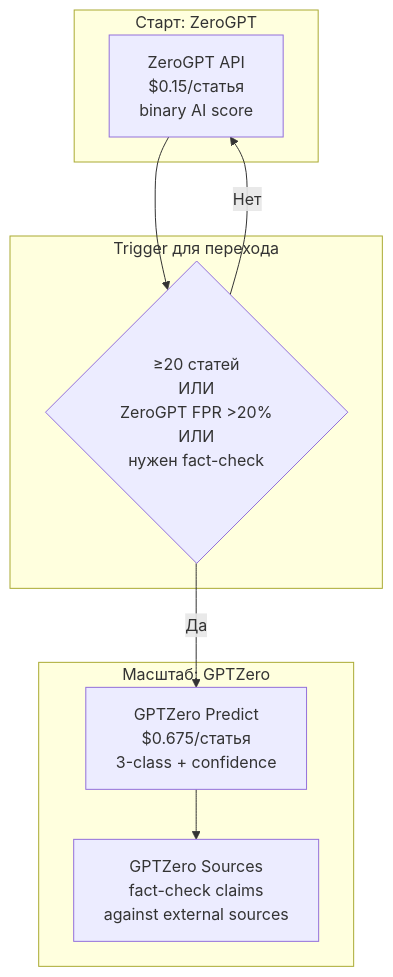
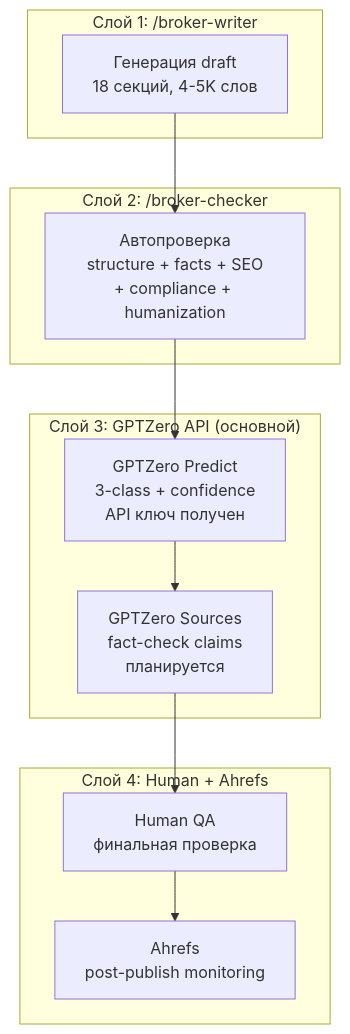
One commit to TimmyZinin/egor-project changed the diagram in docs/ai-detection/gptzero-decision.md. Above: the diagram before and after it, drawn with Mermaid. The commit also changed other lines of this file and 2 other files, not shown here.

First line of the commit message:
docs: update AI detection strategy — GPTZero as primary, ZeroGPT rejected

````diff
--- a/docs/ai-detection/gptzero-decision.md
+++ b/docs/ai-detection/gptzero-decision.md
@@ -75,20 +66,22 @@
 ```mermaid
 flowchart TD
-    subgraph Start["Старт: ZeroGPT"]
-        Z1[ZeroGPT API<br/>$0.15/статья<br/>binary AI score]
+    subgraph L1["Слой 1: /broker-writer"]
+        W[Генерация draft<br/>18 секций, 4-5K слов]
     end
 
-    subgraph Scale["Масштаб: GPTZero"]
-        G1[GPTZero Predict<br/>$0.675/статья<br/>3-class + confidence]
-        G2[GPTZero Sources<br/>fact-check claims<br/>against external sources]
+    subgraph L2["Слой 2: /broker-checker"]
+        C[Автопроверка<br/>structure + facts + SEO<br/>+ compliance + humanization]
     end
 
-    subgraph Decision["Trigger для перехода"]
-        T1{"≥20 статей<br/>ИЛИ<br/>ZeroGPT FPR >20%<br/>ИЛИ<br/>нужен fact-check"}
+    subgraph L3["Слой 3: GPTZero API (основной)"]
+        G1[GPTZero Predict<br/>3-class + confidence<br/>API ключ получен]
+        G2[GPTZero Sources<br/>fact-check claims<br/>планируется]
     end
 
-    Z1 --> T1
-    T1 -->|Да| G1
-    T1 -->|Нет| Z1
-    G1 --> G2
+    subgraph L4["Слой 4: Human + Ahrefs"]
+        HQ[Human QA<br/>финальная проверка]
+        AH[Ahrefs<br/>post-publish monitoring]
+    end
+
+    W --> C --> G1 --> G2 --> HQ --> AH
 ```
````
